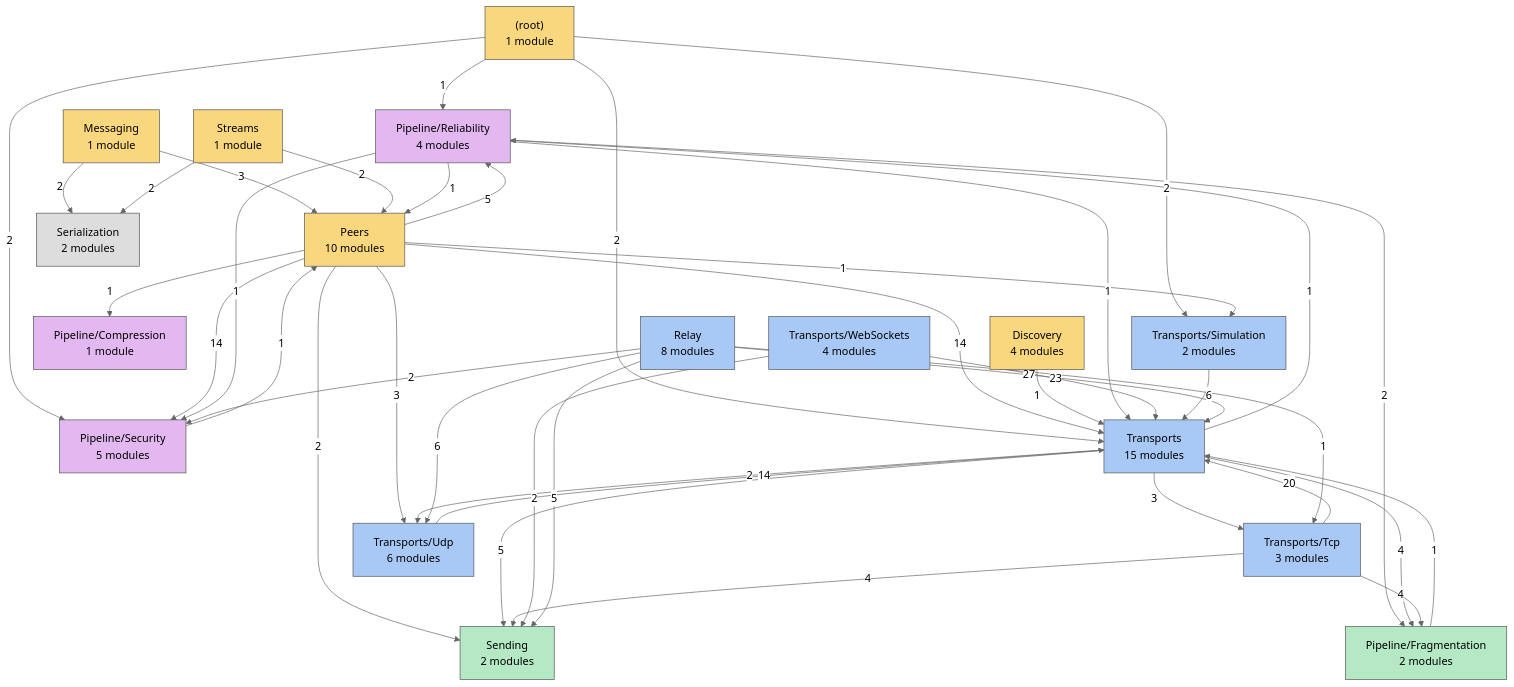
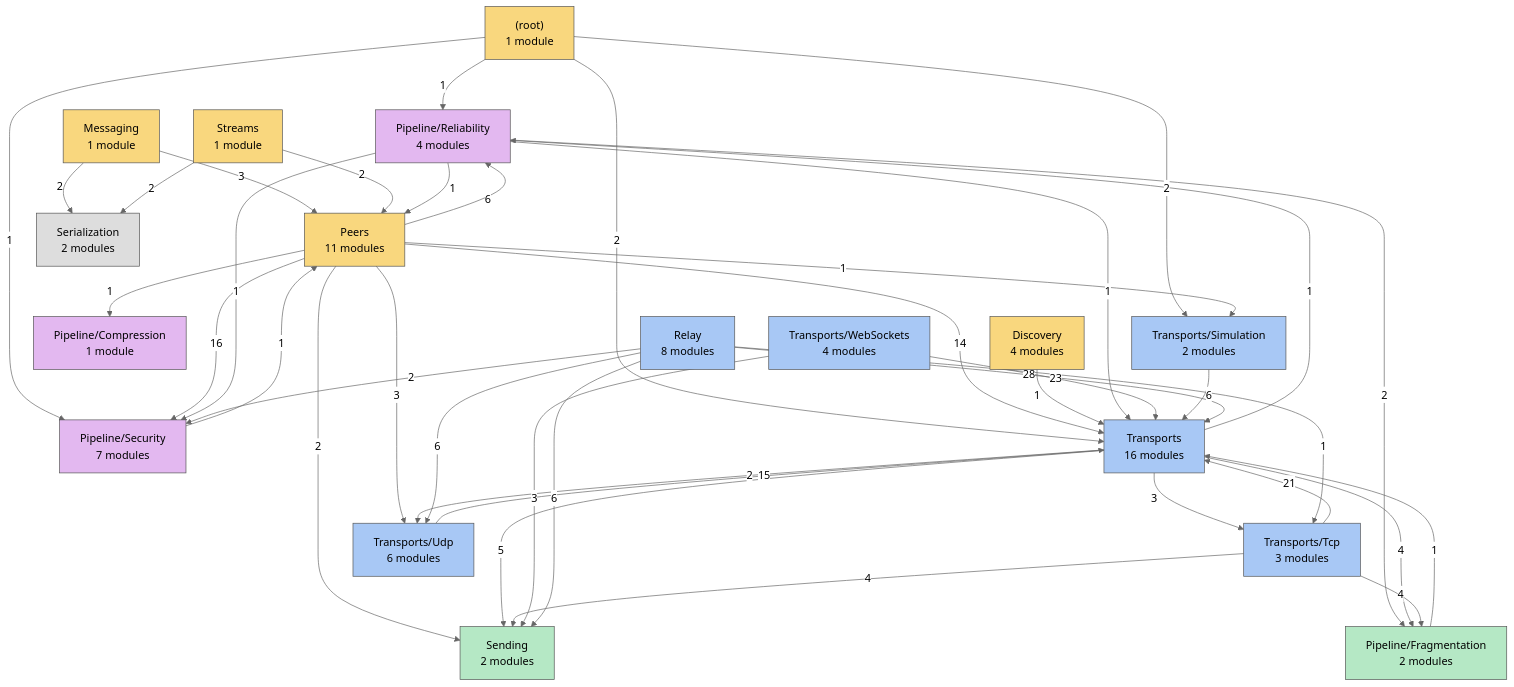
One commit to VladislavKresov/NetSync changed the diagram in docs/4 Diagrams/Dependency overview.md. Above: the diagram before and after it, drawn with Mermaid (neutral theme). The commit also changed other lines of this file and 56 other files, not shown here.

Commit message:
Docs: limitations and roadmap after rc.6 work; regenerated code reference

````diff
--- a/docs/4 Diagrams/Dependency overview.md
+++ b/docs/4 Diagrams/Dependency overview.md
@@ -11,64 +11,64 @@
 ```mermaid
 flowchart TB
   f__root_["(root)<br/>1 module"]:::api
-  f_Peers["Peers<br/>10 modules"]:::api
+  f_Peers["Peers<br/>11 modules"]:::api
   f_Messaging["Messaging<br/>1 module"]:::api
   f_Streams["Streams<br/>1 module"]:::api
   f_Discovery["Discovery<br/>4 modules"]:::api
   f_Pipeline_Reliability["Pipeline/Reliability<br/>4 modules"]:::session
-  f_Pipeline_Security["Pipeline/Security<br/>5 modules"]:::session
+  f_Pipeline_Security["Pipeline/Security<br/>7 modules"]:::session
   f_Pipeline_Compression["Pipeline/Compression<br/>1 module"]:::session
-  f_Transports["Transports<br/>15 modules"]:::transports
+  f_Transports["Transports<br/>16 modules"]:::transports
   f_Transports_Tcp["Transports/Tcp<br/>3 modules"]:::transports
   f_Transports_Udp["Transports/Udp<br/>6 modules"]:::transports
   f_Transports_WebSockets["Transports/WebSockets<br/>4 modules"]:::transports
   f_Transports_Simulation["Transports/Simulation<br/>2 modules"]:::transports
   f_Relay["Relay<br/>8 modules"]:::transports
   f_Sending["Sending<br/>2 modules"]:::infrastructure
   f_Pipeline_Fragmentation["Pipeline/Fragmentation<br/>2 modules"]:::infrastructure
   f_Serialization["Serialization<br/>2 modules"]:::foundation
   f__root_ -->|1| f_Pipeline_Reliability
-  f__root_ -->|2| f_Pipeline_Security
+  f__root_ -->|1| f_Pipeline_Security
   f__root_ -->|2| f_Transports
   f__root_ -->|2| f_Transports_Simulation
-  f_Peers -->|5| f_Pipeline_Reliability
-  f_Peers -->|14| f_Pipeline_Security
+  f_Peers -->|6| f_Pipeline_Reliability
+  f_Peers -->|16| f_Pipeline_Security
   f_Peers -->|1| f_Pipeline_Compression
   f_Peers -->|14| f_Transports
   f_Peers -->|3| f_Transports_Udp
   f_Peers -->|1| f_Transports_Simulation
   f_Peers -->|2| f_Sending
   f_Messaging -->|3| f_Peers
   f_Messaging -->|2| f_Serialization
   f_Streams -->|2| f_Peers
   f_Streams -->|2| f_Serialization
   f_Discovery -->|1| f_Transports
   f_Pipeline_Reliability -->|1| f_Peers
   f_Pipeline_Reliability -->|1| f_Pipeline_Security
   f_Pipeline_Reliability -->|1| f_Transports
   f_Pipeline_Reliability -->|2| f_Pipeline_Fragmentation
   f_Pipeline_Security -->|1| f_Peers
   f_Transports -->|1| f_Pipeline_Reliability
   f_Transports -->|3| f_Transports_Tcp
   f_Transports -->|2| f_Transports_Udp
   f_Transports -->|5| f_Sending
   f_Transports -->|4| f_Pipeline_Fragmentation
-  f_Transports_Tcp -->|20| f_Transports
+  f_Transports_Tcp -->|21| f_Transports
   f_Transports_Tcp -->|4| f_Sending
   f_Transports_Tcp -->|4| f_Pipeline_Fragmentation
-  f_Transports_Udp -->|14| f_Transports
+  f_Transports_Udp -->|15| f_Transports
   f_Transports_WebSockets -->|23| f_Transports
-  f_Transports_WebSockets -->|2| f_Sending
+  f_Transports_WebSockets -->|3| f_Sending
   f_Transports_Simulation -->|6| f_Transports
   f_Relay -->|2| f_Pipeline_Security
-  f_Relay -->|27| f_Transports
+  f_Relay -->|28| f_Transports
   f_Relay -->|1| f_Transports_Tcp
   f_Relay -->|6| f_Transports_Udp
-  f_Relay -->|5| f_Sending
+  f_Relay -->|6| f_Sending
   f_Pipeline_Fragmentation -->|1| f_Transports
   classDef api fill:#f9d77e,stroke:#555,color:#000
   classDef session fill:#e3b8f0,stroke:#555,color:#000
   classDef transports fill:#a8c8f5,stroke:#555,color:#000
   classDef infrastructure fill:#b5e8c5,stroke:#555,color:#000
   classDef foundation fill:#dddddd,stroke:#555,color:#000
 ```
````
